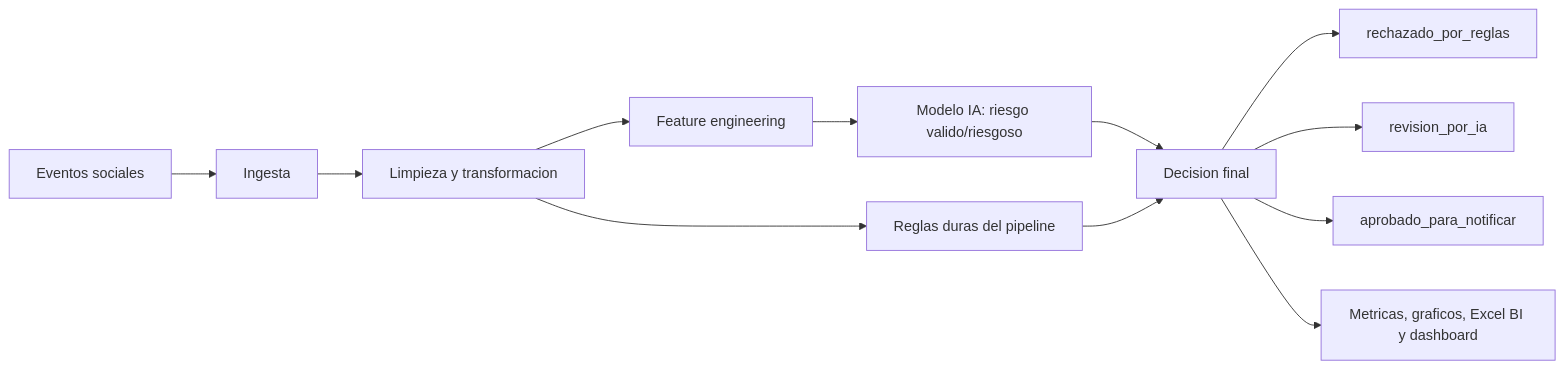
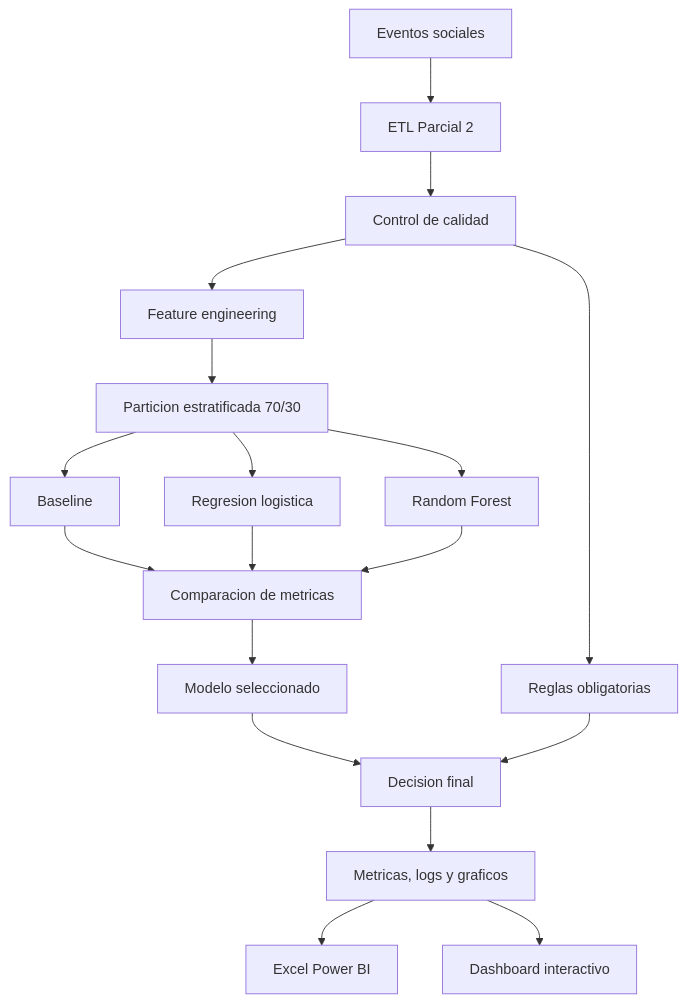
The second of 2 diagrams in README.md (vicentehueichapan/ProyecGEIA), drawn with Mermaid before and after one commit. The commit also changed other lines of this file and 53 other files, not shown here.

````diff
--- a/README.md
+++ b/README.md
@@ -64,14 +103,20 @@
 ```mermaid
-flowchart LR
-    A["Eventos sociales"] --> B["Ingesta"]
-    B --> C["Limpieza y transformacion"]
+flowchart TD
+    A["Eventos sociales"] --> B["ETL Parcial 2"]
+    B --> C["Control de calidad"]
     C --> D["Feature engineering"]
-    D --> E["Modelo IA: riesgo valido/riesgoso"]
-    C --> F["Reglas duras del pipeline"]
-    E --> G["Decision final"]
-    F --> G
-    G --> H["rechazado_por_reglas"]
-    G --> I["revision_por_ia"]
-    G --> J["aprobado_para_notificar"]
-    G --> K["Metricas, graficos, Excel BI y dashboard"]
+    D --> E["Particion estratificada 70/30"]
+    E --> F["Baseline"]
+    E --> G["Regresion logistica"]
+    E --> H["Random Forest"]
+    F --> I["Comparacion de metricas"]
+    G --> I
+    H --> I
+    I --> J["Modelo seleccionado"]
+    C --> K["Reglas obligatorias"]
+    J --> L["Decision final"]
+    K --> L
+    L --> M["Metricas, logs y graficos"]
+    M --> N["Excel Power BI"]
+    M --> O["Dashboard interactivo"]
 ```
````
